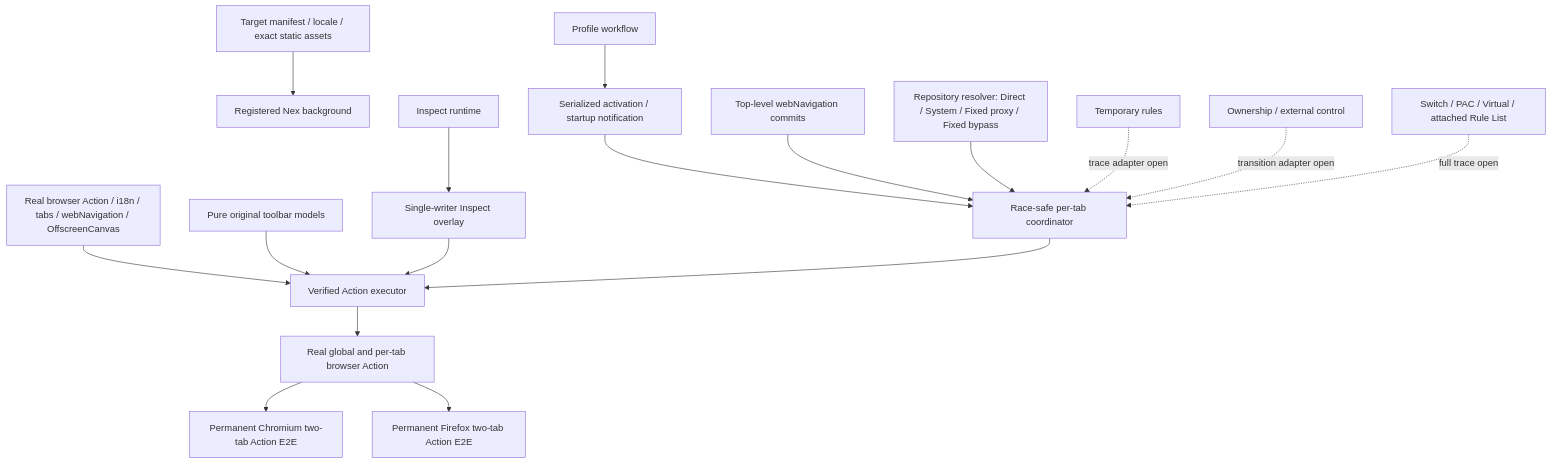
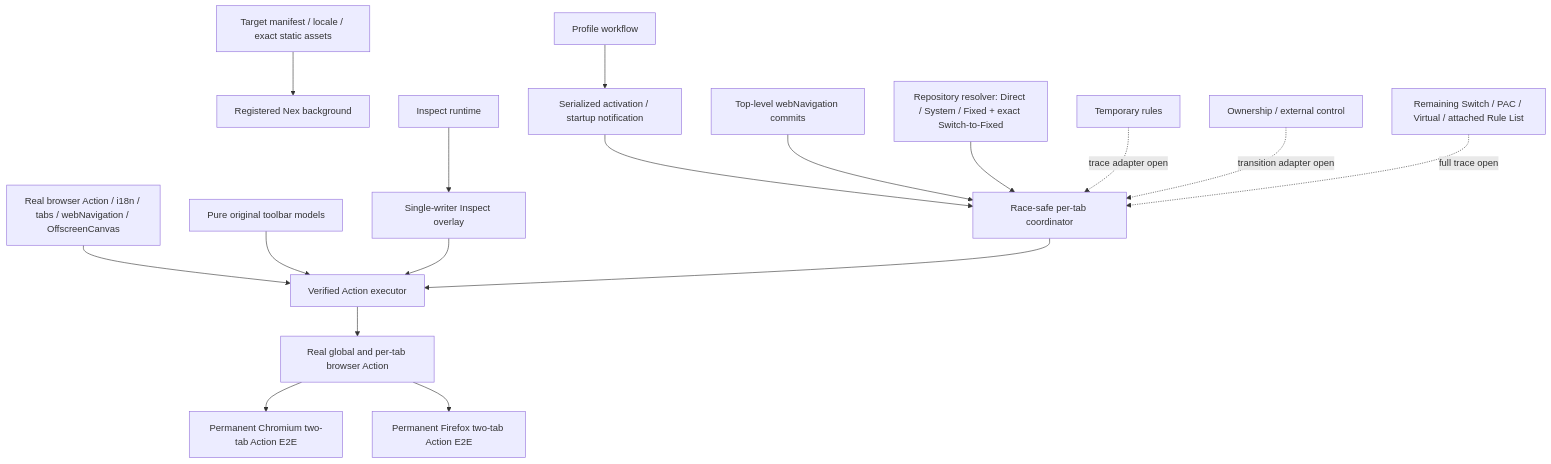
The second of 2 diagrams in docs/DELIVERY_ORDER_01_TOOLBAR_STATE.md (ChriX-Goh/ZeroOmega-Nex), drawn with Mermaid before and after one commit. The commit also changed other lines of this file and 8 other files, not shown here.

Commit message:
docs: record exact Switch to Fixed toolbar traces

````diff
--- a/docs/DELIVERY_ORDER_01_TOOLBAR_STATE.md
+++ b/docs/DELIVERY_ORDER_01_TOOLBAR_STATE.md
@@ -147,19 +147,19 @@
 ```mermaid
 graph TD
   M[Target manifest / locale / exact static assets] --> B[Registered Nex background]
   API[Real browser Action / i18n / tabs / webNavigation / OffscreenCanvas] --> EXEC[Verified Action executor]
   PURE[Pure original toolbar models] --> EXEC
   WF[Profile workflow] --> NOTICE[Serialized activation / startup notification]
   NOTICE --> COORD[Race-safe per-tab coordinator]
   NAV[Top-level webNavigation commits] --> COORD
-  RES[Repository resolver: Direct / System / Fixed proxy / Fixed bypass] --> COORD
+  RES[Repository resolver: Direct / System / Fixed + exact Switch-to-Fixed] --> COORD
   INSPECT[Inspect runtime] --> OVERLAY[Single-writer Inspect overlay]
   OVERLAY --> EXEC
   COORD --> EXEC
   EXEC --> ACTION[Real global and per-tab browser Action]
   ACTION --> CHROME[Permanent Chromium two-tab Action E2E]
   ACTION --> FIREFOX[Permanent Firefox two-tab Action E2E]
   TEMP[Temporary rules] -. trace adapter open .-> COORD
   OWN[Ownership / external control] -. transition adapter open .-> COORD
-  INCLUSIVE[Switch / PAC / Virtual / attached Rule List] -. full trace open .-> COORD
+  INCLUSIVE[Remaining Switch / PAC / Virtual / attached Rule List] -. full trace open .-> COORD
 ```
````
